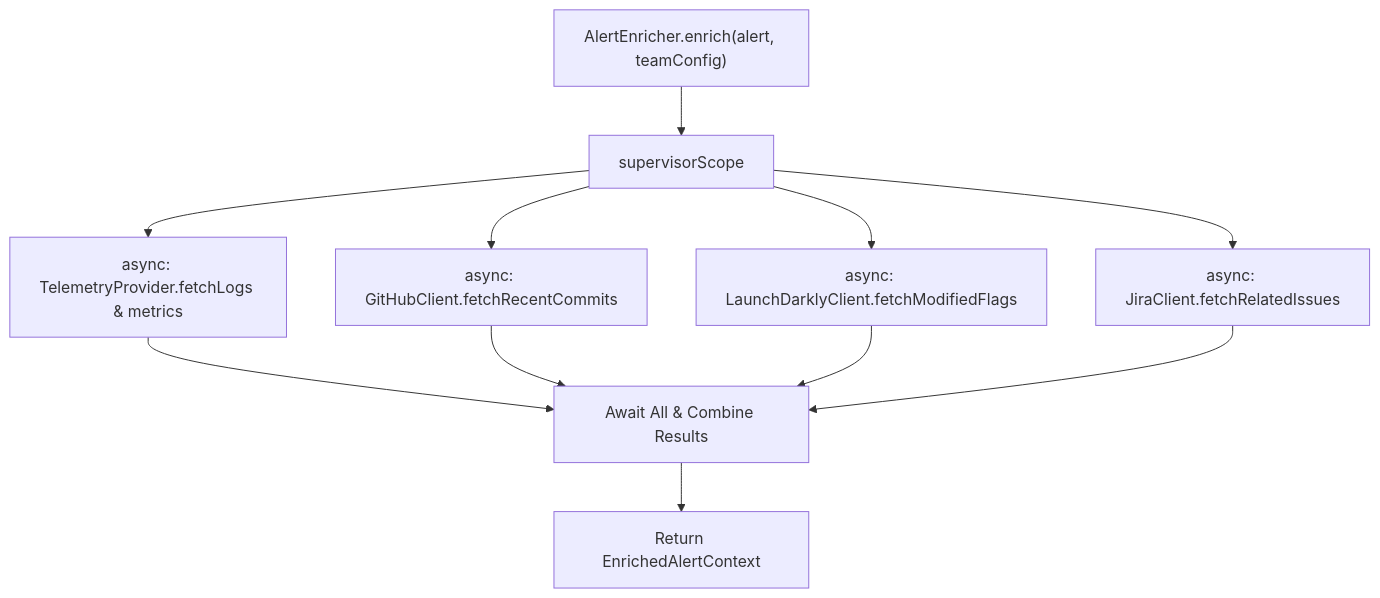
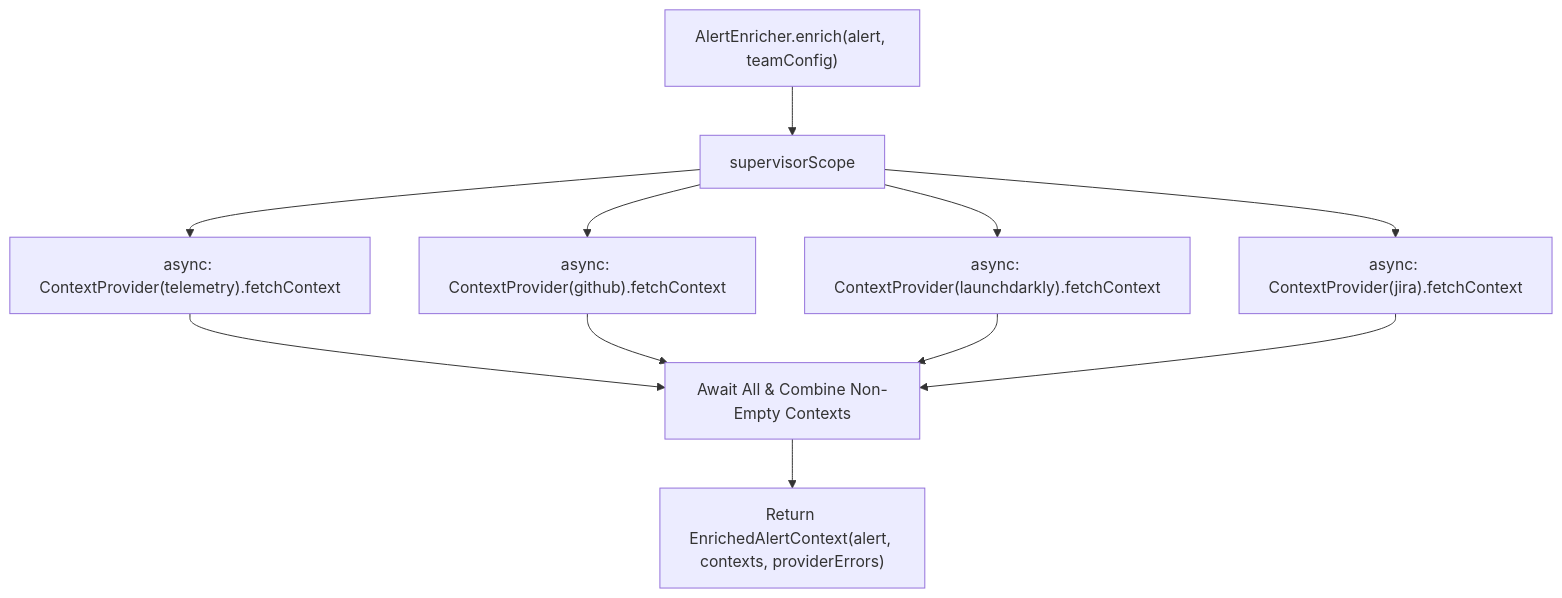
Before and after one commit to illutic/argus: the diagram in docs/spec/02-enrichment.md, drawn with Mermaid. The commit also changed other lines of this file and 9 other files, not shown here.

First line of the commit message:
Make EnrichedAlertContext provider-agnostic and simplify DefaultAlertEnricher

````diff
--- a/docs/spec/02-enrichment.md
+++ b/docs/spec/02-enrichment.md
@@ -81,16 +66,16 @@
 ```mermaid
 flowchart TD
     A["AlertEnricher.enrich(alert, teamConfig)"] --> B["supervisorScope"]
     
-    B --> C["async: TelemetryProvider.fetchLogs & metrics"]
-    B --> D["async: GitHubClient.fetchRecentCommits"]
-    B --> E["async: LaunchDarklyClient.fetchModifiedFlags"]
-    B --> F["async: JiraClient.fetchRelatedIssues"]
+    B --> C["async: ContextProvider(telemetry).fetchContext"]
+    B --> D["async: ContextProvider(github).fetchContext"]
+    B --> E["async: ContextProvider(launchdarkly).fetchContext"]
+    B --> F["async: ContextProvider(jira).fetchContext"]
     
-    C --> G["Await All & Combine Results"]
+    C --> G["Await All & Combine Non-Empty Contexts"]
     D --> G
     E --> G
     F --> G
     
-    G --> H["Return EnrichedAlertContext"]
+    G --> H["Return EnrichedAlertContext(alert, contexts, providerErrors)"]
 ```
````
